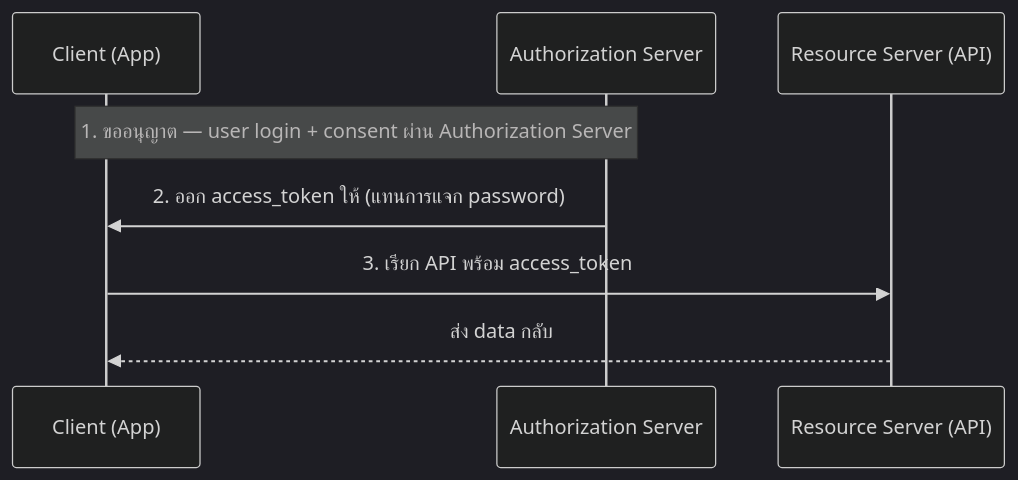
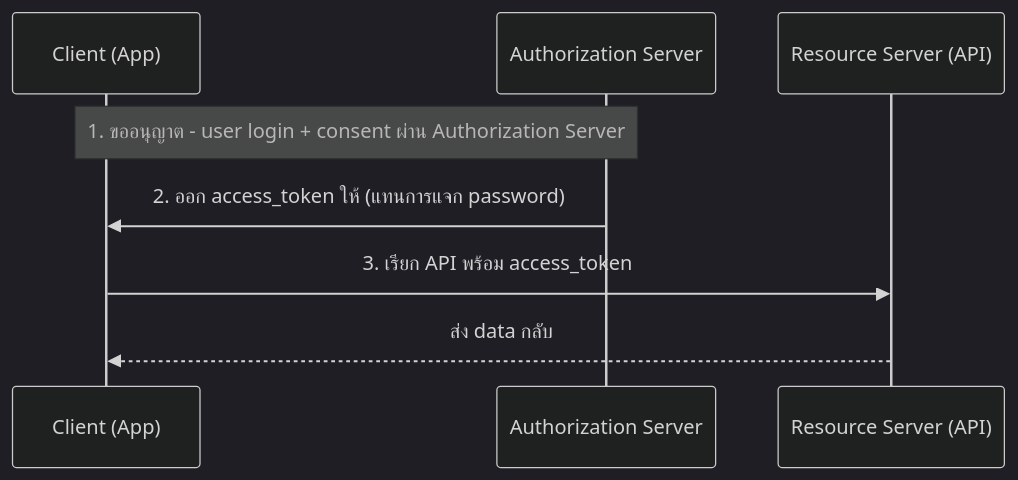
One commit to larb26656/adventurez changed the first of 4 diagrams in src/content/docs/cheatsheet/oauth2.mdx. Above: the diagram before and after it, drawn with Mermaid (dark theme). The commit also changed other lines of this file and 41 other files, not shown here.

````diff
--- a/src/content/docs/cheatsheet/oauth2.mdx
+++ b/src/content/docs/cheatsheet/oauth2.mdx
@@ -30,11 +30,11 @@
 ```mermaid
 sequenceDiagram
     participant C as Client (App)
     participant A as Authorization Server
     participant R as Resource Server (API)
 
-    Note over C,A: 1. ขออนุญาต — user login + consent ผ่าน Authorization Server
+    Note over C,A: 1. ขออนุญาต - user login + consent ผ่าน Authorization Server
     A->>C: 2. ออก access_token ให้ (แทนการแจก password)
     C->>R: 3. เรียก API พร้อม access_token
     R-->>C: ส่ง data กลับ
 ```
````
